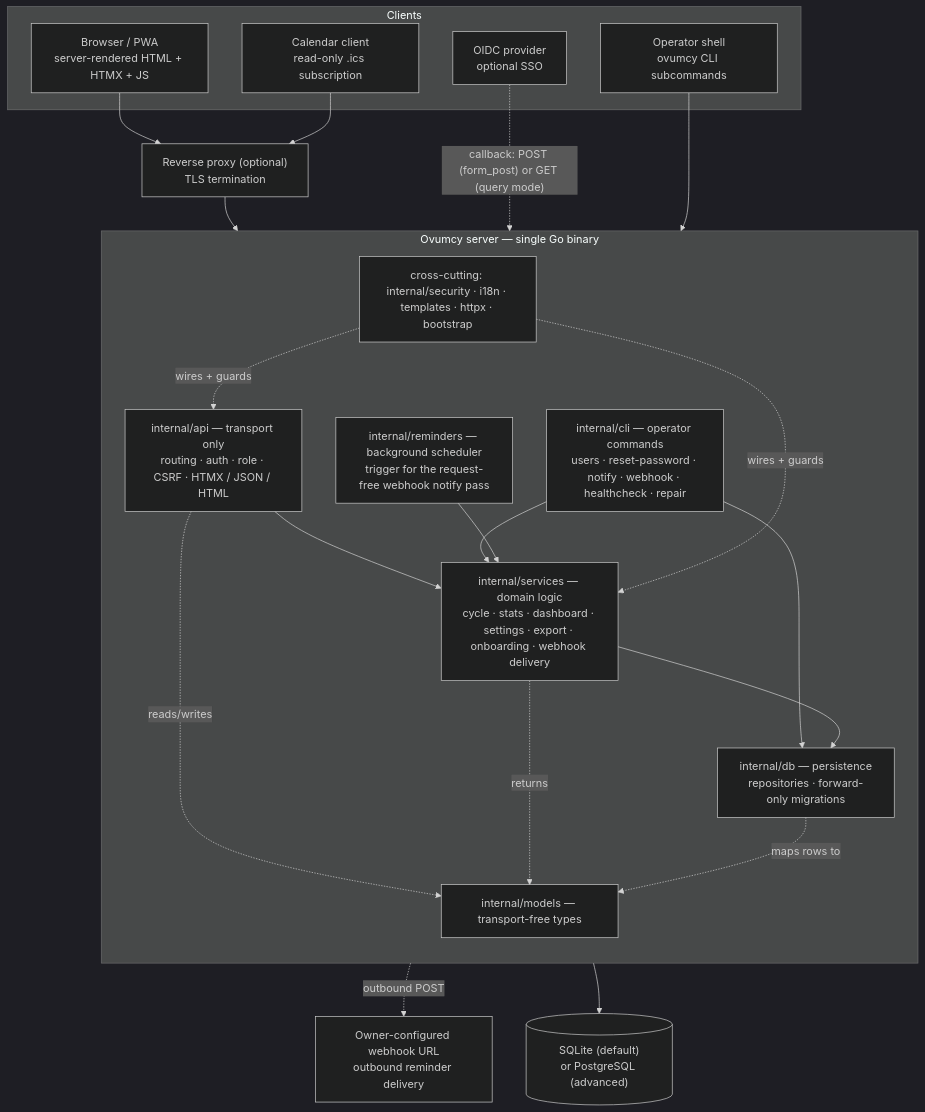
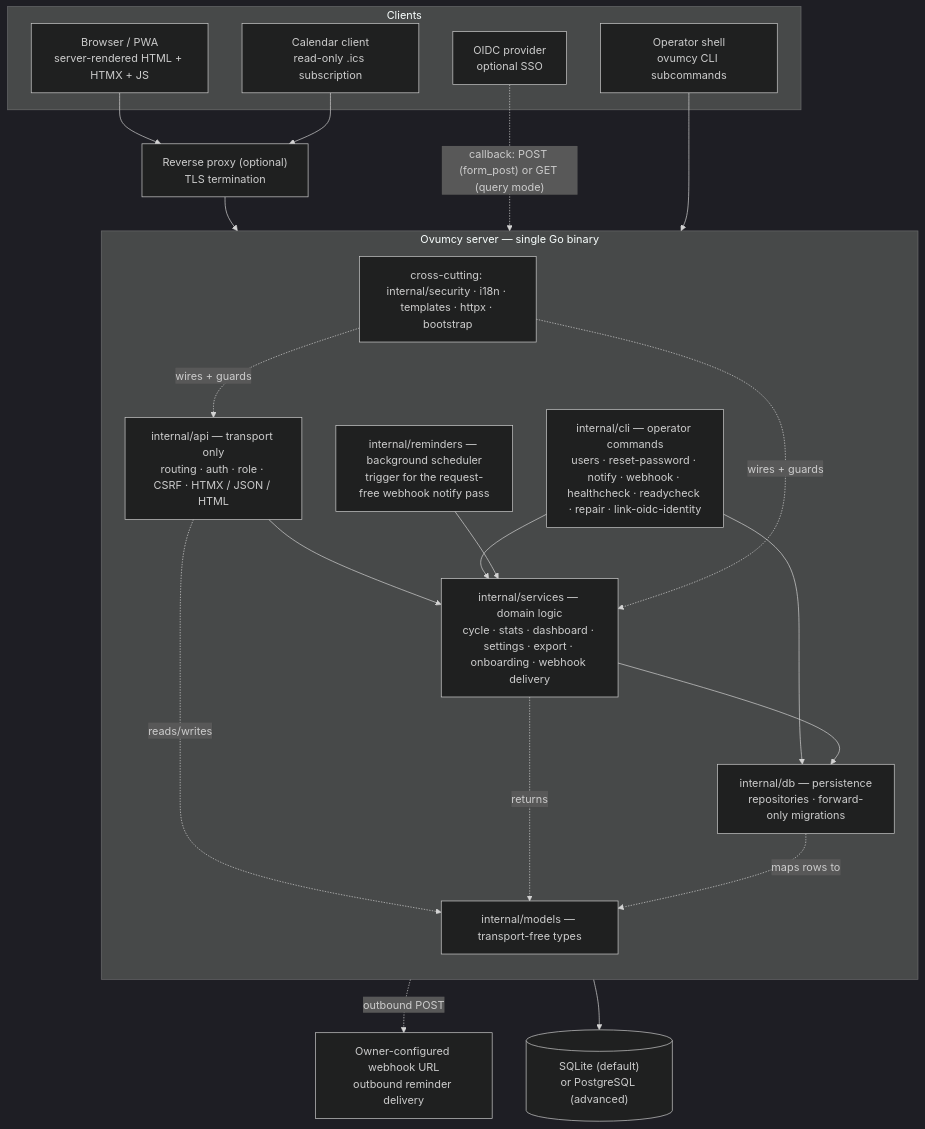
Before and after one commit to ovumcy/ovumcy-web: the first of 3 diagrams in docs/architecture.md, drawn with Mermaid (dark theme). The commit also changed other lines of this file and 8 other files, not shown here.

Commit message:
docs: align operator docs with the CLI, cookies and compose env

````diff
--- a/docs/architecture.md
+++ b/docs/architecture.md
@@ -26,43 +26,43 @@
 ```mermaid
 flowchart TB
     subgraph clients["Clients"]
         browser["Browser / PWA<br/>server-rendered HTML + HTMX + JS"]
         ical["Calendar client<br/>read-only .ics subscription"]
         idp["OIDC provider<br/>optional SSO"]
         operator["Operator shell<br/>ovumcy CLI subcommands"]
     end
 
     proxy["Reverse proxy (optional)<br/>TLS termination"]
 
     subgraph app["Ovumcy server — single Go binary"]
         direction TB
         api["internal/api — transport only<br/>routing · auth · role · CSRF · HTMX / JSON / HTML"]
-        cli["internal/cli — operator commands<br/>users · reset-password · notify · webhook · healthcheck · repair"]
+        cli["internal/cli — operator commands<br/>users · reset-password · notify · webhook · healthcheck · readycheck · repair · link-oidc-identity"]
         reminders["internal/reminders — background scheduler<br/>trigger for the request-free webhook notify pass"]
         services["internal/services — domain logic<br/>cycle · stats · dashboard · settings · export · onboarding · webhook delivery"]
         db["internal/db — persistence<br/>repositories · forward-only migrations"]
         models["internal/models — transport-free types"]
         cross["cross-cutting: internal/security · i18n · templates · httpx · bootstrap"]
     end
 
     store[("SQLite (default)<br/>or PostgreSQL (advanced)")]
     hook["Owner-configured webhook URL<br/>outbound reminder delivery"]
 
     browser --> proxy
     ical --> proxy
     proxy --> api
     idp -. "callback: POST (form_post) or GET (query mode)" .-> api
     operator --> cli
     api --> services
     cli --> services
     cli --> db
     reminders --> services
     services --> db
     services -. "outbound POST" .-> hook
     db --> store
     api -. "reads/writes" .-> models
     services -. "returns" .-> models
     db -. "maps rows to" .-> models
     cross -. "wires + guards" .-> api
     cross -. "wires + guards" .-> services
 ```
````
